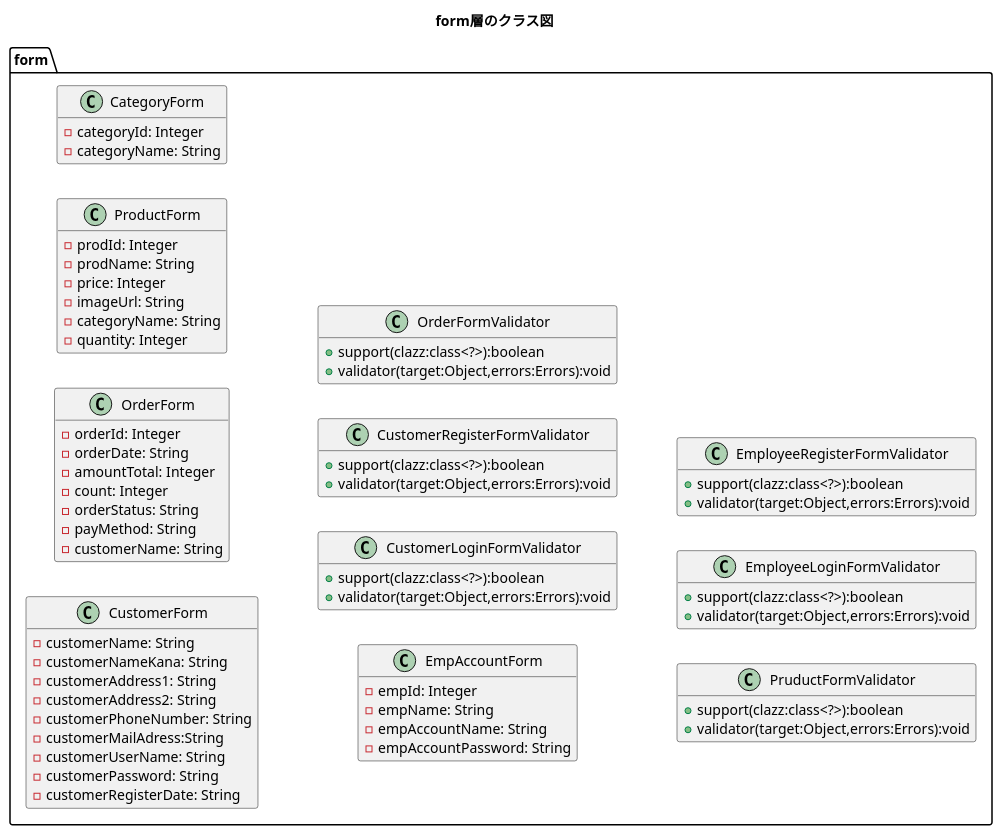
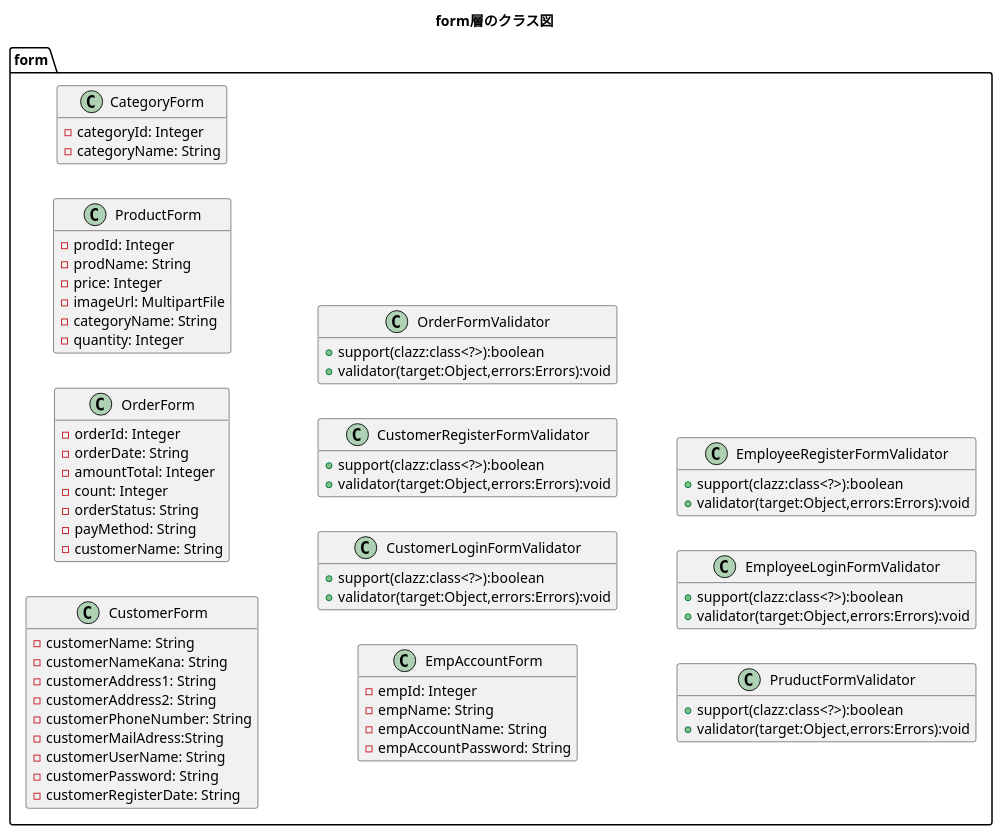
One commit to kanavii3333/ec-b changed the diagram in plan/uml/class/form.plantuml. Above: the diagram before and after it, drawn with PlantUML. The commit also changed 2 other files, not shown here.

```diff
--- a/plan/uml/class/form.plantuml
+++ b/plan/uml/class/form.plantuml
@@ -1,82 +1,82 @@
 @startuml
 title form層のクラス図
 hide empty members
 left to right direction
 
 package form{
 
     class CustomerForm{
         -customerName: String
         -customerNameKana: String
         -customerAddress1: String
         -customerAddress2: String
         -customerPhoneNumber: String
         -customerMailAdress:String
         -customerUserName: String
         -customerPassword: String
         -customerRegisterDate: String
     }
 
     class OrderForm{
         -orderId: Integer
         -orderDate: String
         -amountTotal: Integer
         -count: Integer
         -orderStatus: String
         -payMethod: String
         -customerName: String
     }
 
     class ProductForm{
         -prodId: Integer
         -prodName: String
         -price: Integer
-        -imageUrl: String
+        -imageUrl: MultipartFile
         -categoryName: String
         -quantity: Integer
     }
     
     class CategoryForm{
         -categoryId: Integer
         -categoryName: String
     }
 	
 	
 	class EmpAccountForm{
 		-empId: Integer
 		-empName: String
 		-empAccountName: String
         -empAccountPassword: String
 	}
     
     class CustomerLoginFormValidator{
 		+support(clazz:class<?>):boolean
 		+validator(target:Object,errors:Errors):void
     }
 
     class CustomerRegisterFormValidator{
 		+support(clazz:class<?>):boolean
 		+validator(target:Object,errors:Errors):void
     }
     
     class OrderFormValidator{
 		+support(clazz:class<?>):boolean
 		+validator(target:Object,errors:Errors):void
     }
     
     class PruductFormValidator{
 		+support(clazz:class<?>):boolean
 		+validator(target:Object,errors:Errors):void
     }
     
     class EmployeeLoginFormValidator{
 		+support(clazz:class<?>):boolean
 		+validator(target:Object,errors:Errors):void
     }
 
     class EmployeeRegisterFormValidator{
 		+support(clazz:class<?>):boolean
 		+validator(target:Object,errors:Errors):void
     }
 }
 @enduml
```
